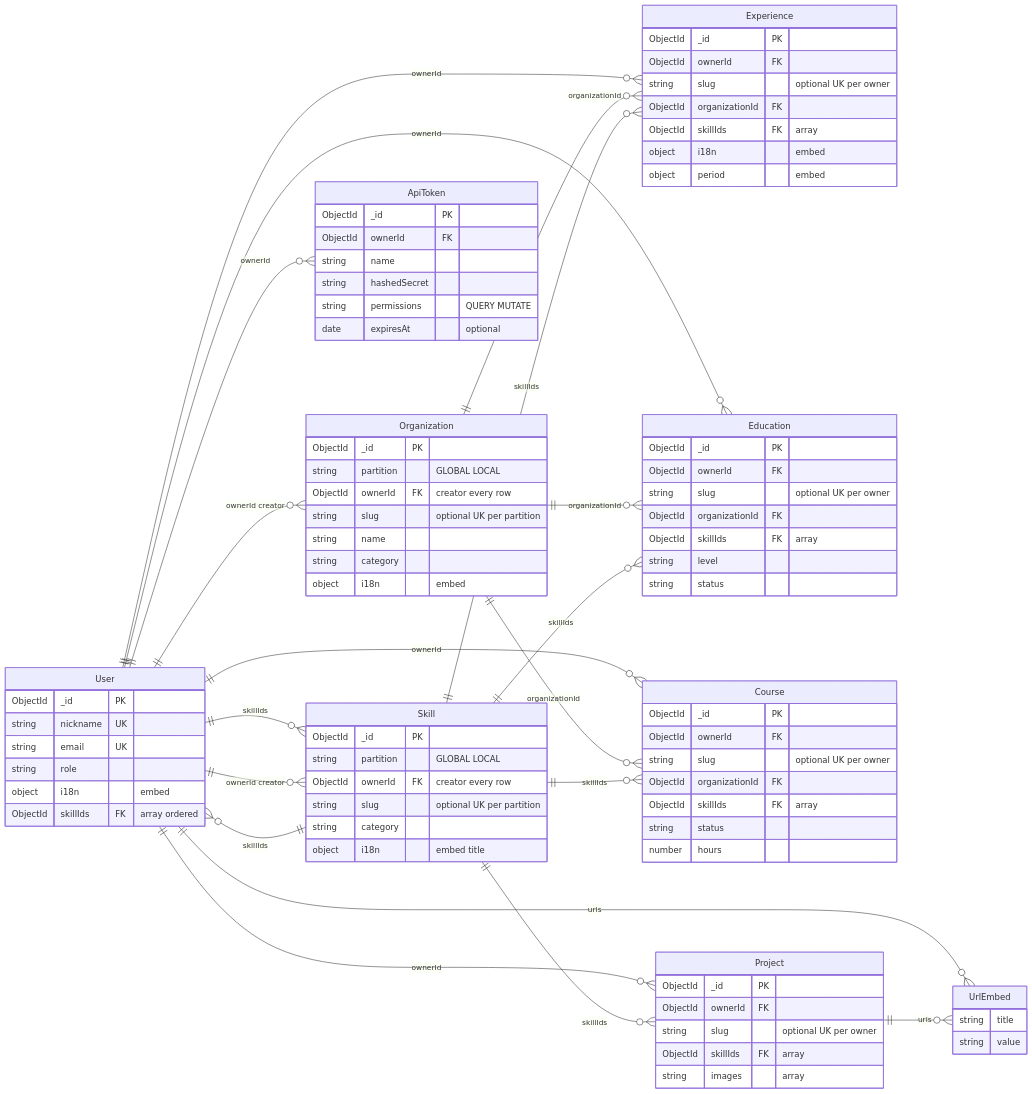
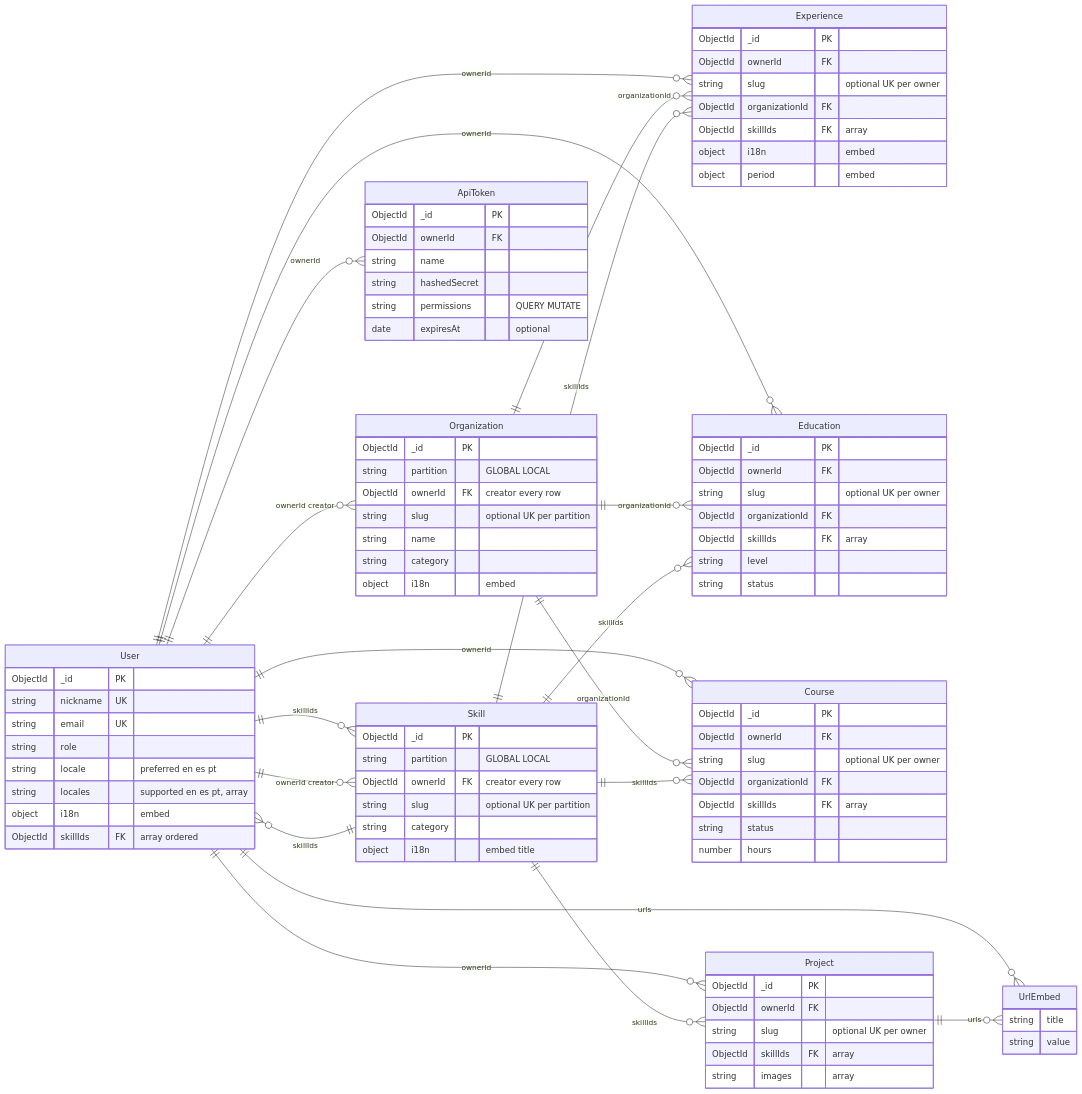
Before and after one commit to YaGRRusso/profile-info: the diagram in apps/api/docs/ER_MODEL.md, drawn with Mermaid. The commit also changed other lines of this file and 13 other files, not shown here.

First line of the commit message:
feat: add locale and locales fields to user inputs and entities

```diff
--- a/apps/api/docs/ER_MODEL.md
+++ b/apps/api/docs/ER_MODEL.md
@@ -29,6 +29,8 @@
     string nickname UK
     string email UK
     string role
+    string locale "preferred en es pt"
+    string locales "supported en es pt, array"
     object i18n "embed"
     ObjectId skillIds FK "array ordered"
   }
```
